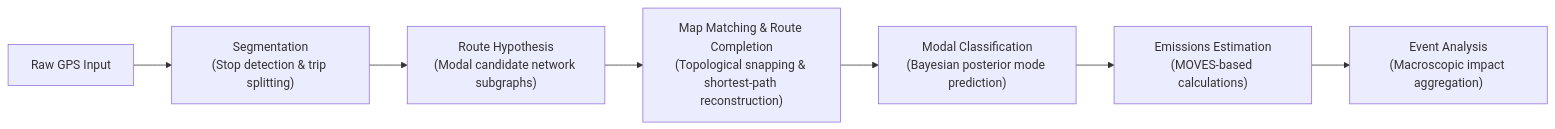
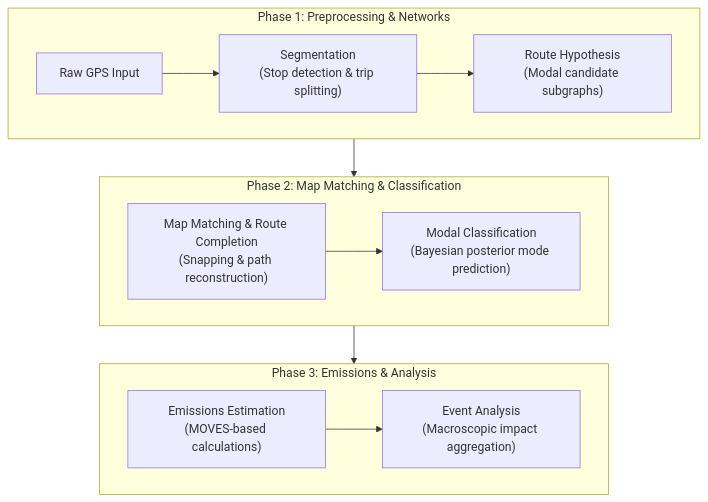
The diagram in README.md (vladimirp07/gps-emissions-pipeline), drawn with Mermaid before and after one commit.

Commit message:
docs: estructurar diagrama Mermaid en subgrafos de flujo horizontal por filas

````diff
--- a/README.md
+++ b/README.md
@@ -9,9 +9,17 @@
 ```mermaid
-flowchart LR
-    A["Raw GPS Input"] --> B["Segmentation<br>(Stop detection & trip splitting)"]
-    B --> C["Route Hypothesis<br>(Modal candidate network subgraphs)"]
-    C --> D["Map Matching & Route Completion<br>(Topological snapping & shortest-path reconstruction)"]
-    D --> E["Modal Classification<br>(Bayesian posterior mode prediction)"]
-    E --> F["Emissions Estimation<br>(MOVES-based calculations)"]
-    F --> G["Event Analysis<br>(Macroscopic impact aggregation)"]
+flowchart TD
+    subgraph Phase1 ["Phase 1: Preprocessing & Networks"]
+        direction LR
+        A["Raw GPS Input"] --> B["Segmentation<br>(Stop detection & trip splitting)"] --> C["Route Hypothesis<br>(Modal candidate subgraphs)"]
+    end
+    subgraph Phase2 ["Phase 2: Map Matching & Classification"]
+        direction LR
+        D["Map Matching & Route Completion<br>(Snapping & path reconstruction)"] --> E["Modal Classification<br>(Bayesian posterior mode prediction)"]
+    end
+    subgraph Phase3 ["Phase 3: Emissions & Analysis"]
+        direction LR
+        F["Emissions Estimation<br>(MOVES-based calculations)"] --> G["Event Analysis<br>(Macroscopic impact aggregation)"]
+    end
+    C --> D
+    E --> F
 ```
````
